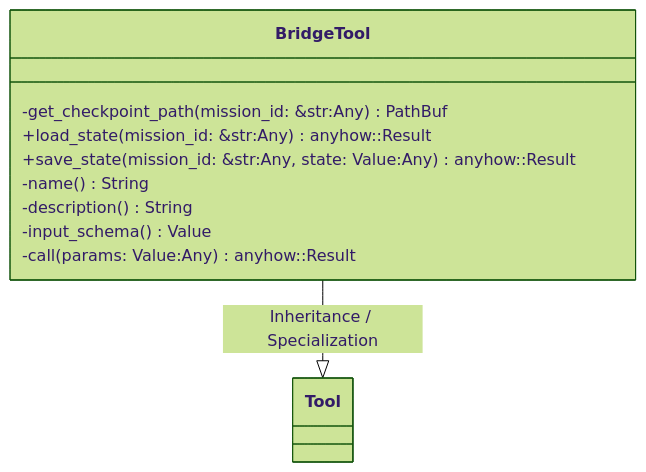
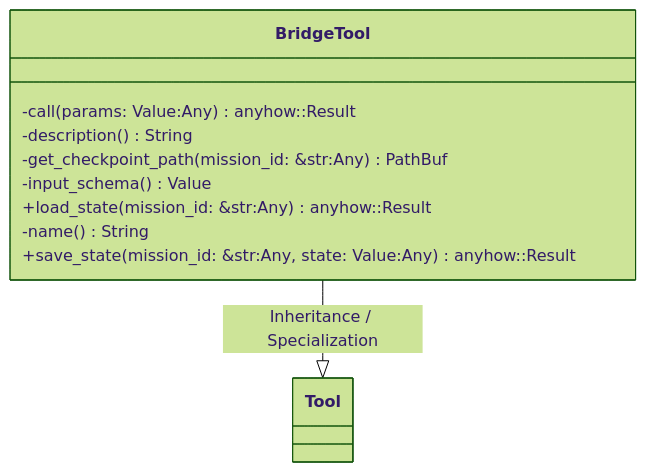
The first of 2 diagrams in openwiki/crates_factory-mcp-server_src_tools_bridge_rs.md (lgcorzo/rust_CACD_autonomous_factory), drawn with Mermaid (forest theme) before and after one commit. The commit also changed other lines of this file and 76 other files, not shown here.

````diff
--- a/openwiki/crates_factory-mcp-server_src_tools_bridge_rs.md
+++ b/openwiki/crates_factory-mcp-server_src_tools_bridge_rs.md
@@ -138,15 +138,15 @@
 ```mermaid
 classDiagram
     direction BT
     class BridgeTool {
+        -call(params: Value:Any) anyhow::Result<CallToolResult>
+        -description() String
         -get_checkpoint_path(mission_id: &str:Any) PathBuf
+        -input_schema() Value
         +load_state(mission_id: &str:Any) anyhow::Result<Value>
+        -name() String
         +save_state(mission_id: &str:Any, state: Value:Any) anyhow::Result<Value>
-        -name() String
-        -description() String
-        -input_schema() Value
-        -call(params: Value:Any) anyhow::Result<CallToolResult>
     }
     Tool <|-- BridgeTool : Inheritance / Specialization
 
 ```
````
